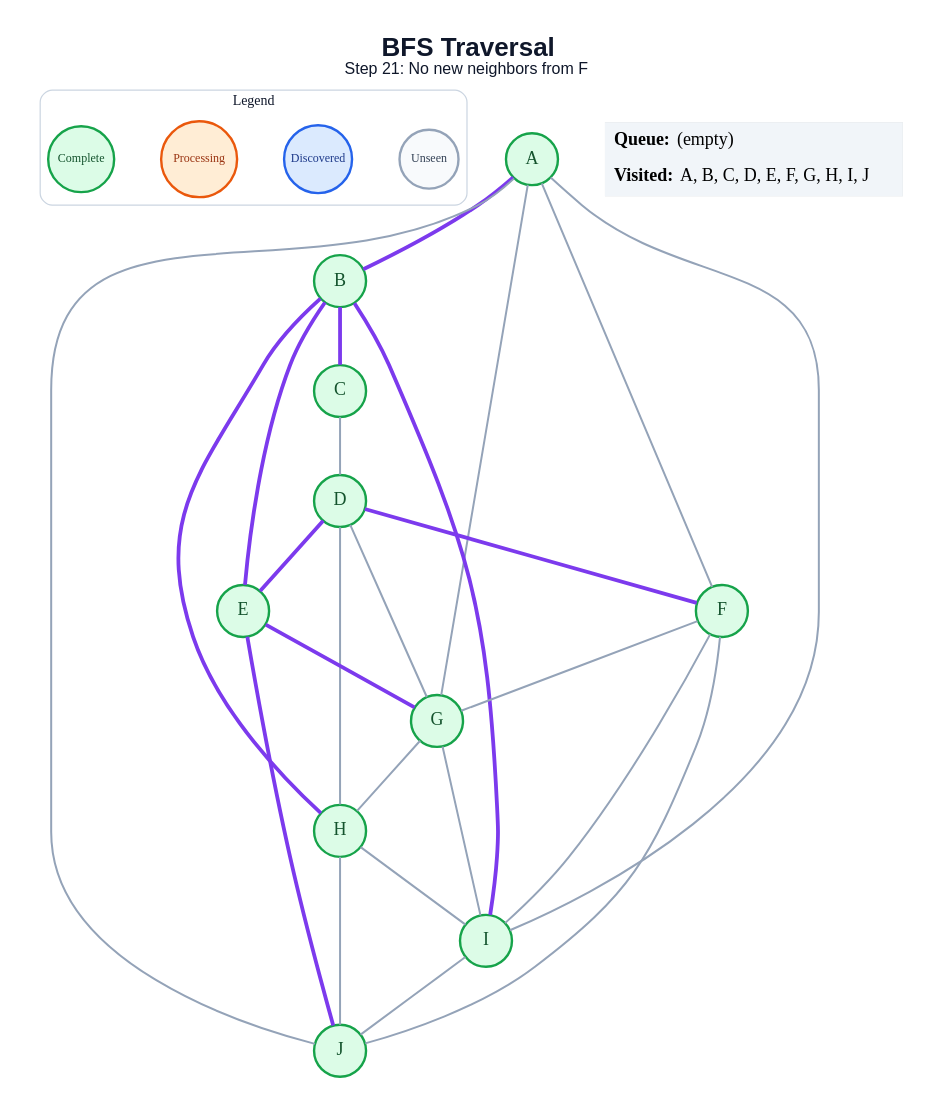
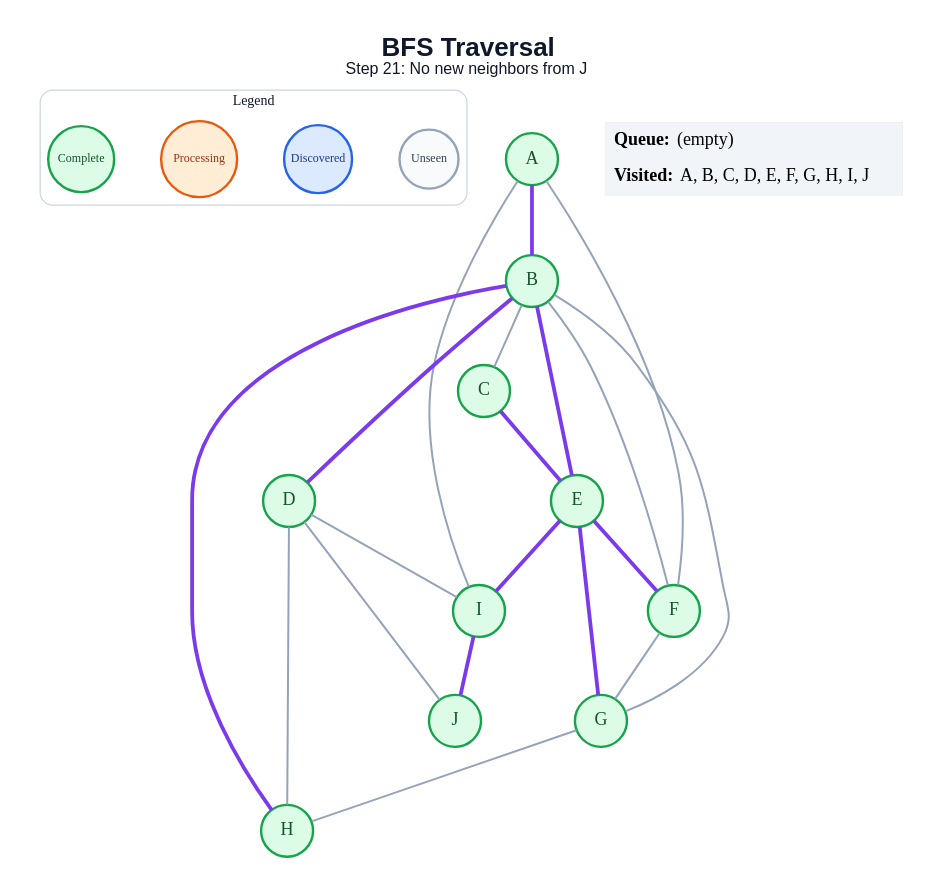
Before and after one commit to amanghodawala9/ai-slop: the diagram in generated/specific-node/bfs/step_21.dot, drawn with Graphviz. The commit also changed 178 other files, not shown here.

```diff
--- a/generated/specific-node/bfs/step_21.dot
+++ b/generated/specific-node/bfs/step_21.dot
@@ -1,53 +1,48 @@
 graph traversal {
   graph [layout=dot, rankdir=TB, bgcolor="#FFFFFF", pad="0.35", nodesep="0.65", ranksep="0.8", fontname="Arial"];
   node [shape=circle, style="filled", fontname="Arial Bold", fontsize=18, width=0.72, fixedsize=true, penwidth=2.4];
   edge [color="#94A3B8", penwidth=2.0];
-  label=<<B>BFS Traversal</B><BR/><FONT POINT-SIZE="16">Step 21: No new neighbors from F</FONT>>; labelloc="t"; fontsize=26; fontname="Arial"; fontcolor="#0F172A";
+  label=<<B>BFS Traversal</B><BR/><FONT POINT-SIZE="16">Step 21: No new neighbors from J</FONT>>; labelloc="t"; fontsize=26; fontname="Arial"; fontcolor="#0F172A";
   subgraph cluster_legend { label="Legend"; color="#CBD5E1"; penwidth=1.2; style="rounded"; fontsize=14; fontname="Arial Bold";
     key_unseen [label="Unseen", fillcolor="#F8FAFC", color="#94A3B8", fontcolor="#334155", fontsize=12, width=0.82];
     key_frontier [label="Discovered", fillcolor="#DBEAFE", color="#2563EB", fontcolor="#1E3A8A", fontsize=12, width=0.95];
     key_current [label="Processing", fillcolor="#FFEDD5", color="#EA580C", fontcolor="#9A3412", fontsize=12, width=1.05];
     key_done [label="Complete", fillcolor="#DCFCE7", color="#16A34A", fontcolor="#14532D", fontsize=12, width=0.92];
     { rank=same; key_unseen; key_frontier; key_current; key_done; }
   }
   A [fillcolor="#DCFCE7", color="#16A34A", fontcolor="#14532D"];
   B [fillcolor="#DCFCE7", color="#16A34A", fontcolor="#14532D"];
   C [fillcolor="#DCFCE7", color="#16A34A", fontcolor="#14532D"];
   D [fillcolor="#DCFCE7", color="#16A34A", fontcolor="#14532D"];
   E [fillcolor="#DCFCE7", color="#16A34A", fontcolor="#14532D"];
   F [fillcolor="#DCFCE7", color="#16A34A", fontcolor="#14532D"];
   G [fillcolor="#DCFCE7", color="#16A34A", fontcolor="#14532D"];
   H [fillcolor="#DCFCE7", color="#16A34A", fontcolor="#14532D"];
   I [fillcolor="#DCFCE7", color="#16A34A", fontcolor="#14532D"];
   J [fillcolor="#DCFCE7", color="#16A34A", fontcolor="#14532D"];
   A -- B [color="#7C3AED", penwidth=3.8];
   A -- F;
-  A -- G;
   A -- I;
-  A -- J;
-  B -- C [color="#7C3AED", penwidth=3.8];
+  B -- C;
+  B -- D [color="#7C3AED", penwidth=3.8];
   B -- E [color="#7C3AED", penwidth=3.8];
+  B -- F;
+  B -- G;
   B -- H [color="#7C3AED", penwidth=3.8];
-  B -- I [color="#7C3AED", penwidth=3.8];
-  C -- D;
-  D -- E [color="#7C3AED", penwidth=3.8];
-  D -- F [color="#7C3AED", penwidth=3.8];
-  D -- G;
+  C -- E [color="#7C3AED", penwidth=3.8];
   D -- H;
+  D -- I;
+  D -- J;
+  E -- F [color="#7C3AED", penwidth=3.8];
   E -- G [color="#7C3AED", penwidth=3.8];
-  E -- J [color="#7C3AED", penwidth=3.8];
+  E -- I [color="#7C3AED", penwidth=3.8];
   F -- G;
-  F -- I;
-  F -- J;
   G -- H;
-  G -- I;
-  H -- I;
-  H -- J;
-  I -- J;
+  I -- J [color="#7C3AED", penwidth=3.8];
   status [shape=plain, fixedsize=false, width=0, height=0, margin=0, label=<
     <TABLE BORDER="0" CELLBORDER="0" CELLPADDING="7" BGCOLOR="#F1F5F9">
       <TR><TD ALIGN="LEFT"><B>Queue:</B> (empty)</TD></TR>
       <TR><TD ALIGN="LEFT"><B>Visited:</B> A, B, C, D, E, F, G, H, I, J</TD></TR>
     </TABLE>
   >];
 }
```
